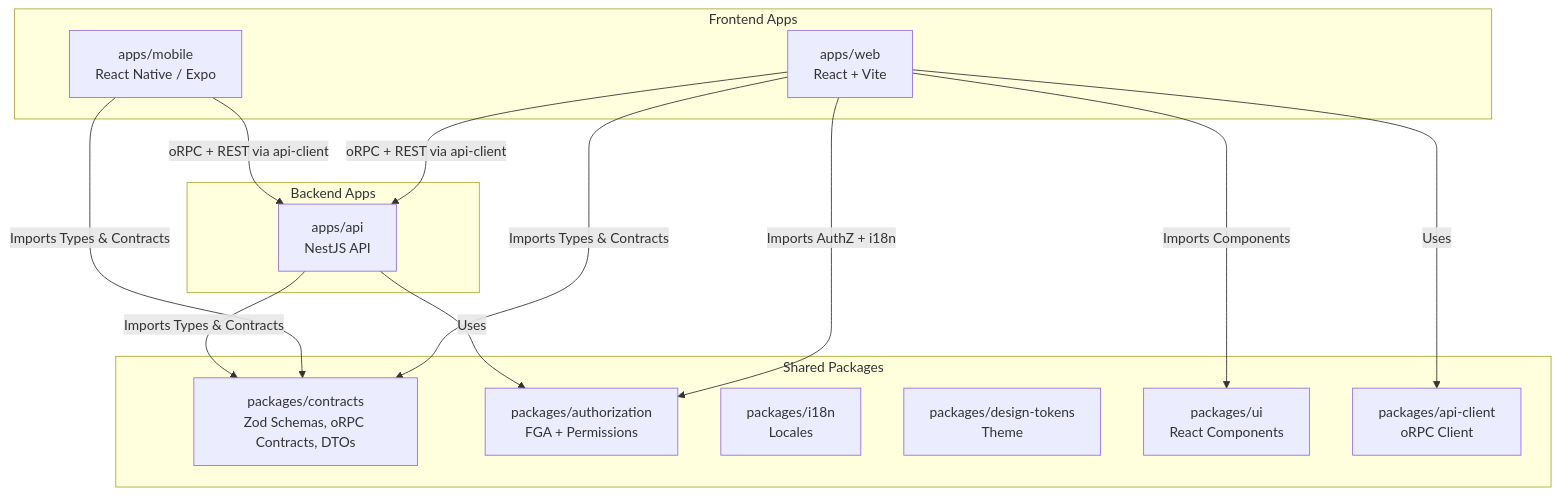
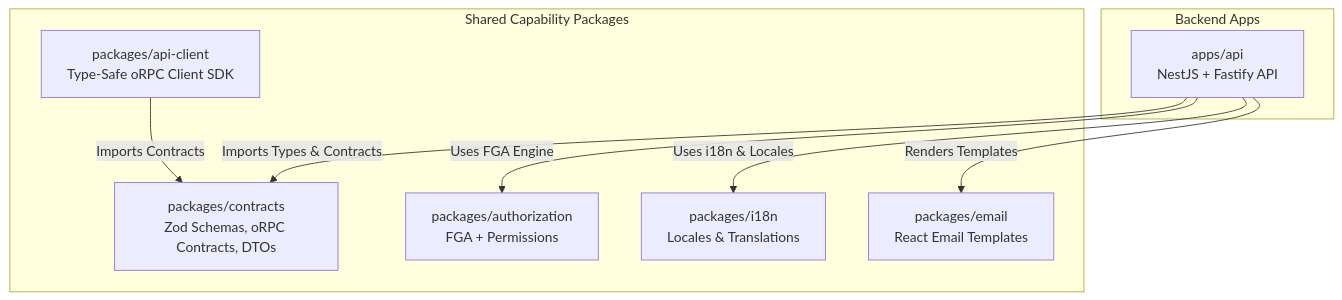
The first of 3 diagrams in ARCHITECTURE.md (ihssmaheel-dev/modular-monolith-architecture), drawn with Mermaid before and after one commit. The commit also changed other lines of this file and 91 other files, not shown here.

Commit message:
docs: update documentation to reflect modular backend architecture

````diff
--- a/ARCHITECTURE.md
+++ b/ARCHITECTURE.md
@@ -15,31 +15,20 @@
 ```mermaid
 graph TD
-    subgraph Frontend Apps
-        W[apps/web<br>React + Vite]
-        M[apps/mobile<br>React Native / Expo]
+    subgraph Backend Apps
+        A[apps/api<br>NestJS + Fastify API]
     end
 
-    subgraph Backend Apps
-        A[apps/api<br>NestJS API]
+    subgraph Shared Capability Packages
+        S[packages/contracts<br>Zod Schemas, oRPC Contracts, DTOs]
+        AuthZ[packages/authorization<br>FGA + Permissions]
+        I18N[packages/i18n<br>Locales & Translations]
+        Client[packages/api-client<br>Type-Safe oRPC Client SDK]
+        Email[packages/email<br>React Email Templates]
     end
 
-    subgraph Shared Packages
-        S[packages/contracts<br>Zod Schemas, oRPC Contracts, DTOs]
-        AuthZ[packages/authorization<br>FGA + Permissions]
-        I18N[packages/i18n<br>Locales]
-        Tokens[packages/design-tokens<br>Theme]
-        UI[packages/ui<br>React Components]
-        Client[packages/api-client<br>oRPC Client]
-    end
-
-    W -->|Imports Types & Contracts| S
-    W -->|Imports Components| UI
-    W -->|Imports AuthZ + i18n| AuthZ
-    W -->|Uses| Client
-    M -->|Imports Types & Contracts| S
     A -->|Imports Types & Contracts| S
-    A -->|Uses| AuthZ
-
-    W -->|oRPC + REST via api-client| A
-    M -->|oRPC + REST via api-client| A
+    A -->|Uses FGA Engine| AuthZ
+    A -->|Uses i18n & Locales| I18N
+    A -->|Renders Templates| Email
+    Client -->|Imports Contracts| S
 ```
````
